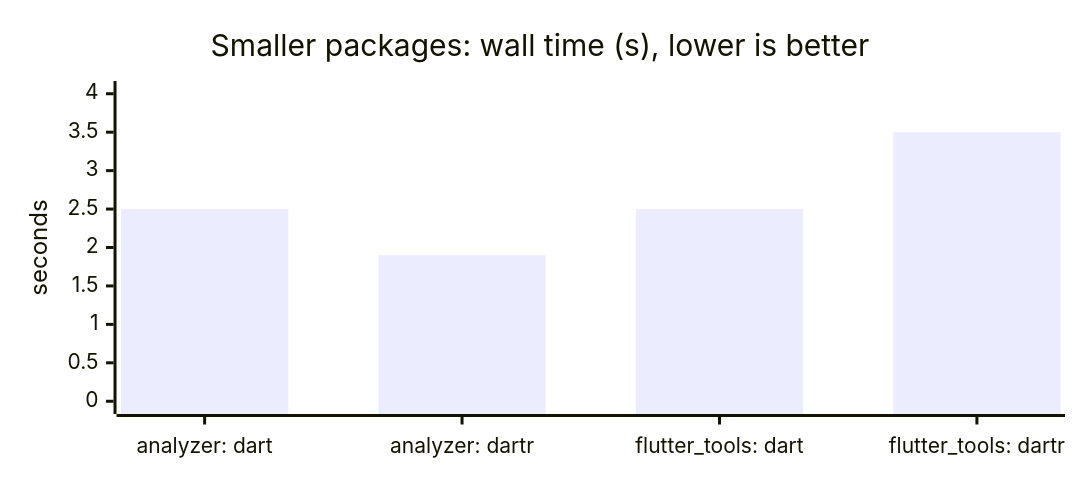
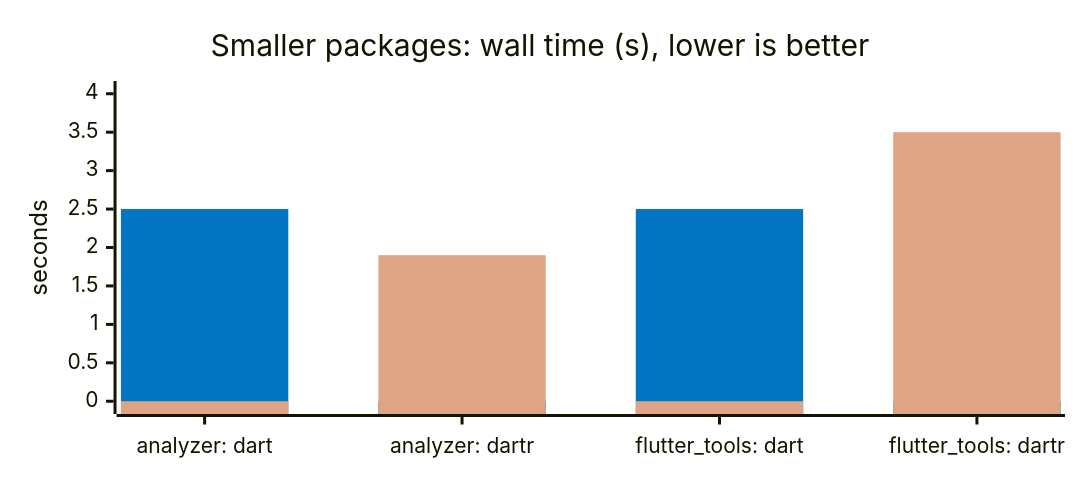
One commit to orestesgaolin/dartr changed the second of 2 diagrams in README.md. Above: the diagram before and after it, drawn with Mermaid. The commit also changed other lines of this file, not shown here.

````diff
--- a/README.md
+++ b/README.md
@@ -150,12 +154,16 @@
 ```mermaid
 ---
 config:
   xyChart:
     height: 300
+  themeVariables:
+    xyChart:
+      plotColorPalette: "#0175C2, #DEA584"
 ---
 xychart-beta
     title "Smaller packages: wall time (s), lower is better"
     x-axis ["analyzer: dart", "analyzer: dartr", "flutter_tools: dart", "flutter_tools: dartr"]
     y-axis "seconds" 0 --> 4
-    bar [2.5, 1.9, 2.5, 3.5]
+    bar [2.5, 0, 2.5, 0]
+    bar [0, 1.9, 0, 3.5]
 ```
````
